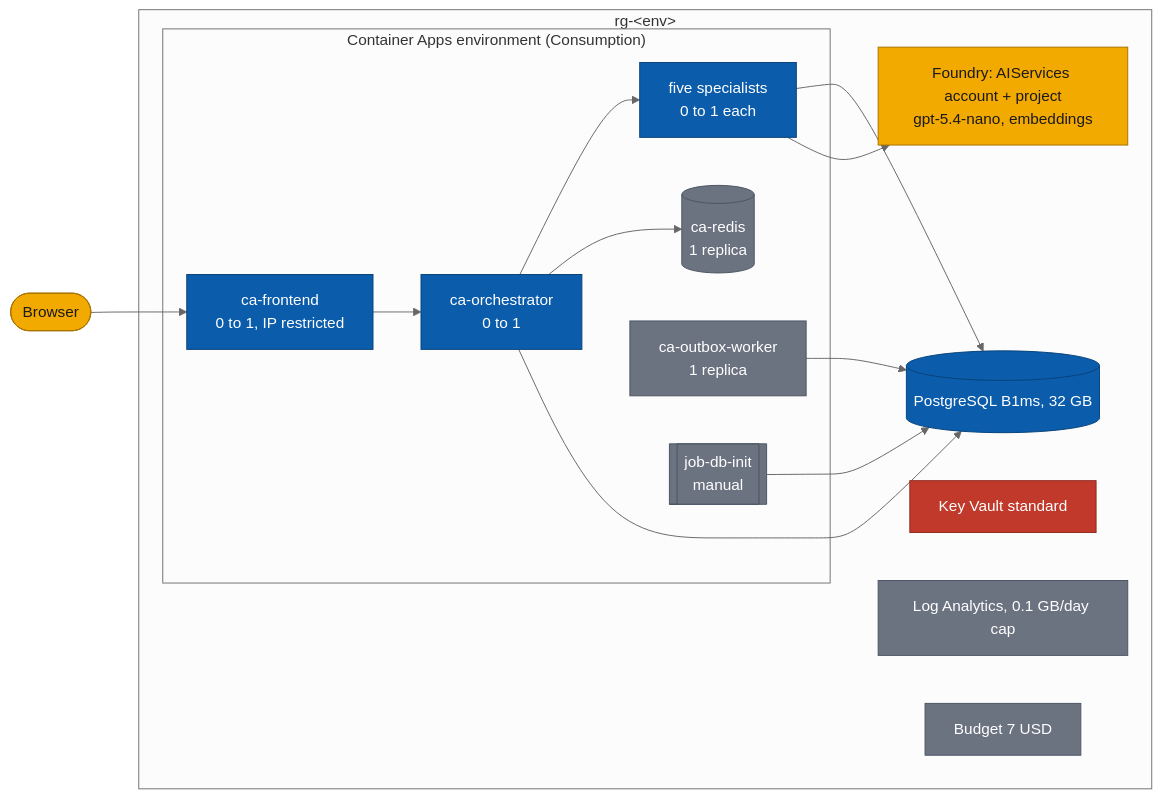
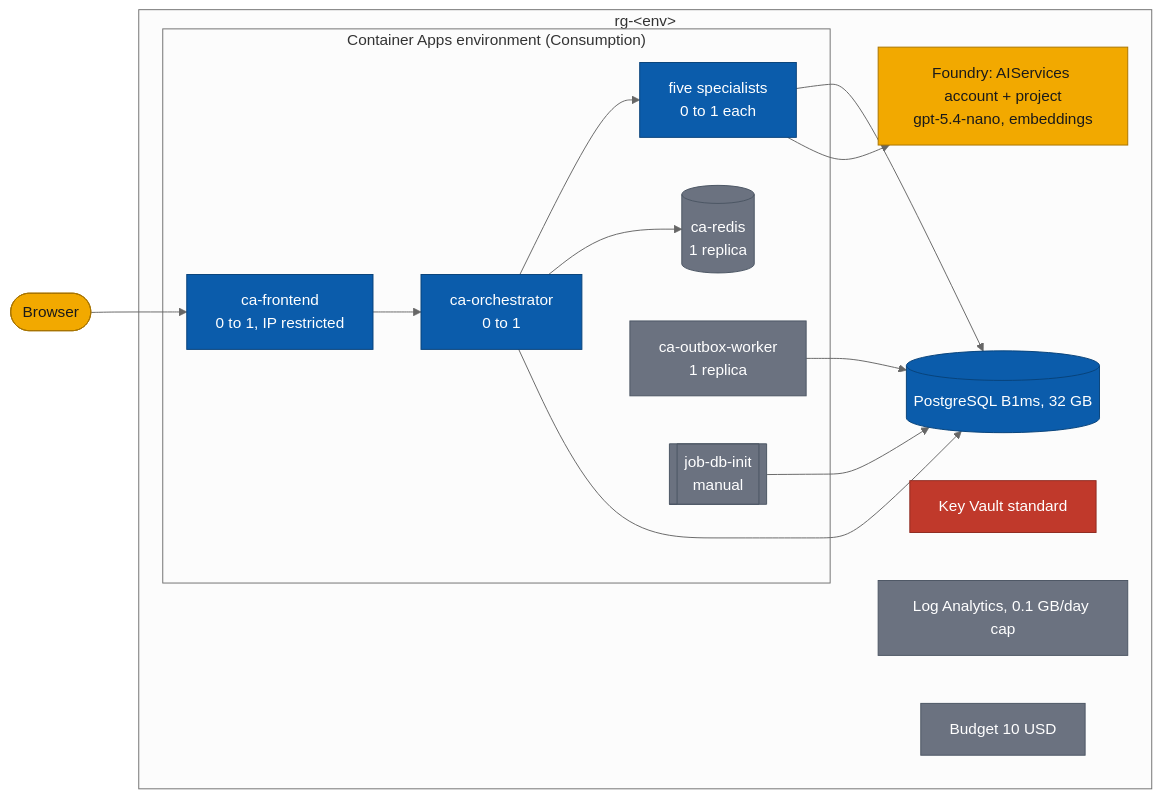
Before and after one commit to nitin27may/e-commerce-agents: the first of 2 diagrams in docs/azure-deployment-sequence.md, drawn with Mermaid (neutral theme). The commit also changed other lines of this file and 1 other file, not shown here.

````diff
--- a/docs/azure-deployment-sequence.md
+++ b/docs/azure-deployment-sequence.md
@@ -29,28 +29,28 @@
 ```mermaid
 flowchart LR
     user([Browser]):::ext --> web
     subgraph rg["rg-&lt;env&gt;"]
         subgraph ca["Container Apps environment (Consumption)"]
             web["ca-frontend<br/>0 to 1, IP restricted"]:::core --> orch["ca-orchestrator<br/>0 to 1"]:::core
             orch --> spec["five specialists<br/>0 to 1 each"]:::core
             orch --> redis[("ca-redis<br/>1 replica")]:::infra
             worker["ca-outbox-worker<br/>1 replica"]:::infra
             job[["job-db-init<br/>manual"]]:::infra
         end
         pg[("PostgreSQL B1ms, 32 GB")]:::core
         foundry["Foundry: AIServices account + project<br/>gpt-5.4-nano, embeddings"]:::ext
         kv["Key Vault standard"]:::sec
         log["Log Analytics, 0.1 GB/day cap"]:::infra
-        bud["Budget 7 USD"]:::infra
+        bud["Budget 10 USD"]:::infra
     end
     orch --> pg
     spec --> pg
     worker --> pg
     job --> pg
     spec --> foundry
 
     classDef core fill:#0b5cab,stroke:#08427a,color:#ffffff
     classDef ext fill:#f2a900,stroke:#a87400,color:#1a1a1a
     classDef sec fill:#c0392b,stroke:#8e2a20,color:#ffffff
     classDef infra fill:#6b7280,stroke:#4b5563,color:#ffffff
 ```
````
